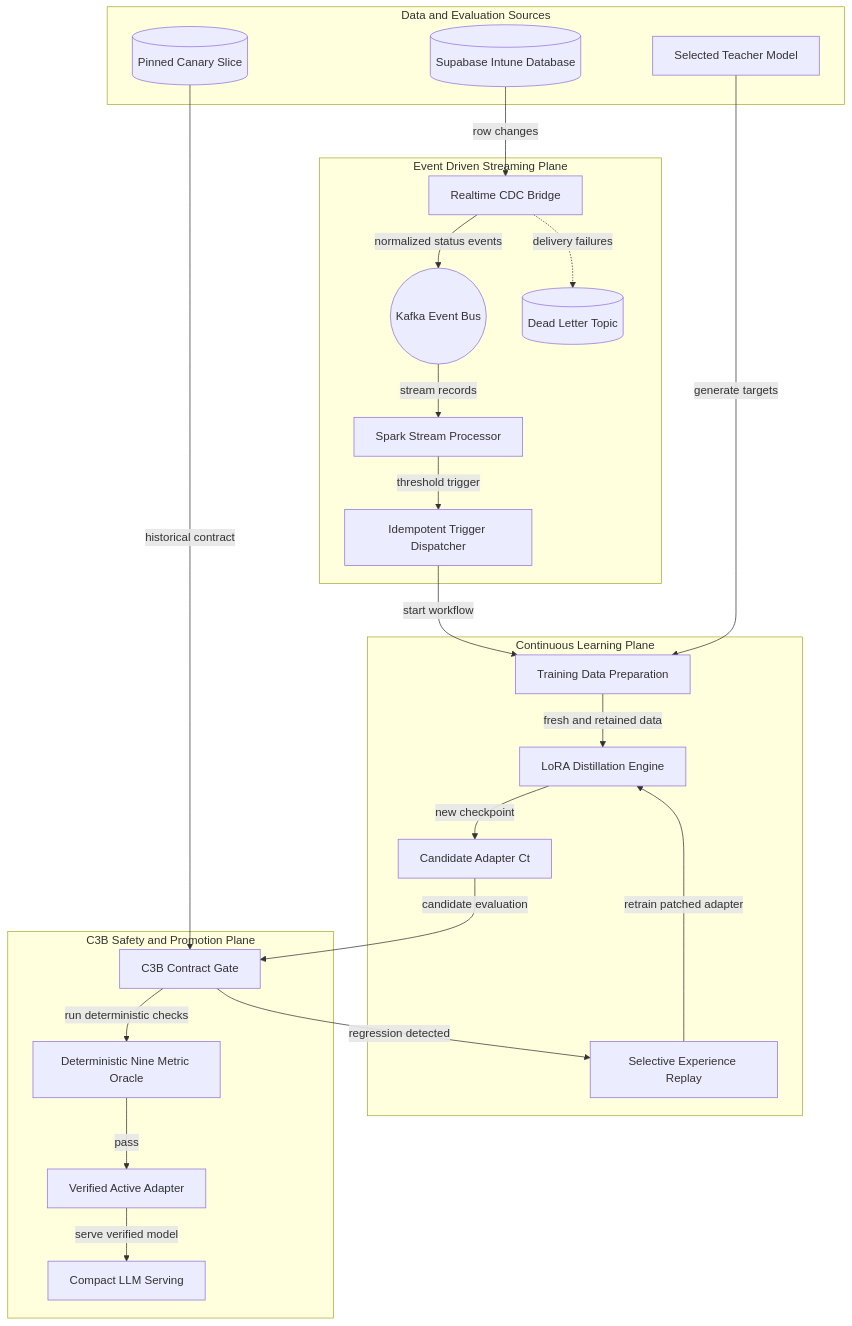
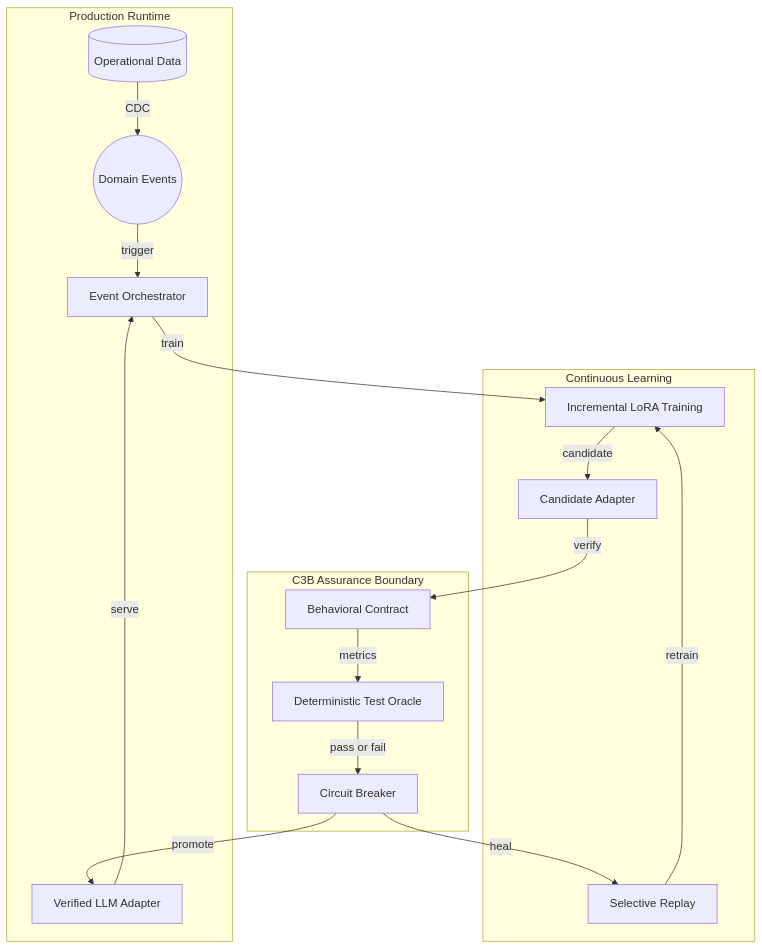
The first of 2 diagrams in .github/modernize/assessment/engines/facts/architecture-diagram.md (Intune-SoS/Intune_kd), drawn with Mermaid before and after one commit. The commit also changed other lines of this file, not shown here.

Commit message:
refactor(architecture): refine multi-plane delivery specifications and event-driven pipeline diagrams

````diff
--- a/.github/modernize/assessment/engines/facts/architecture-diagram.md
+++ b/.github/modernize/assessment/engines/facts/architecture-diagram.md
@@ -8,47 +8,33 @@
 ```mermaid
 flowchart TD
-    subgraph Source["Data and Evaluation Sources"]
-        DB[("Supabase Intune Database")]
-        Teacher["Selected Teacher Model"]
-        Canary[("Pinned Canary Slice")]
+    subgraph Runtime["Production Runtime"]
+        Data[("Operational Data")]
+        Events(("Domain Events"))
+        Service["Event Orchestrator"]
+        Model["Verified LLM Adapter"]
     end
 
-    subgraph Events["Event Driven Streaming Plane"]
-        CDC["Realtime CDC Bridge"]
-        Kafka(("Kafka Event Bus"))
-        Stream["Spark Stream Processor"]
-        Dispatch["Idempotent Trigger Dispatcher"]
-        DLQ[("Dead Letter Topic")]
+    subgraph Learning["Continuous Learning"]
+        Train["Incremental LoRA Training"]
+        Candidate["Candidate Adapter"]
+        Replay["Selective Replay"]
     end
 
-    subgraph Learning["Continuous Learning Plane"]
-        Prepare["Training Data Preparation"]
-        LoRA["LoRA Distillation Engine"]
-        Candidate["Candidate Adapter Ct"]
-        Replay["Selective Experience Replay"]
+    subgraph Assurance["C3B Assurance Boundary"]
+        Contract["Behavioral Contract"]
+        Oracle["Deterministic Test Oracle"]
+        Breaker["Circuit Breaker"]
     end
 
-    subgraph Guard["C3B Safety and Promotion Plane"]
-        Gate["C3B Contract Gate"]
-        Oracle["Deterministic Nine Metric Oracle"]
-        Active["Verified Active Adapter"]
-        Serving["Compact LLM Serving"]
-    end
-
-    DB -->|"row changes"| CDC
-    CDC -->|"normalized status events"| Kafka
-    CDC -.->|"delivery failures"| DLQ
-    Kafka -->|"stream records"| Stream
-    Stream -->|"threshold trigger"| Dispatch
-    Dispatch -->|"start workflow"| Prepare
-    Teacher -->|"generate targets"| Prepare
-    Prepare -->|"fresh and retained data"| LoRA
-    LoRA -->|"new checkpoint"| Candidate
-    Candidate -->|"candidate evaluation"| Gate
-    Canary -->|"historical contract"| Gate
-    Gate -->|"run deterministic checks"| Oracle
-    Oracle -->|"pass"| Active
-    Active -->|"serve verified model"| Serving
-    Gate -->|"regression detected"| Replay
-    Replay -->|"retrain patched adapter"| LoRA
+    Data -->|"CDC"| Events
+    Events -->|"trigger"| Service
+    Service -->|"train"| Train
+    Train -->|"candidate"| Candidate
+    Candidate -->|"verify"| Contract
+    Contract -->|"metrics"| Oracle
+    Oracle -->|"pass or fail"| Breaker
+    Breaker -->|"promote"| Model
+    Breaker -->|"heal"| Replay
+    Replay -->|"retrain"| Train
+    Model -->|"serve"| Service
 ```
````
